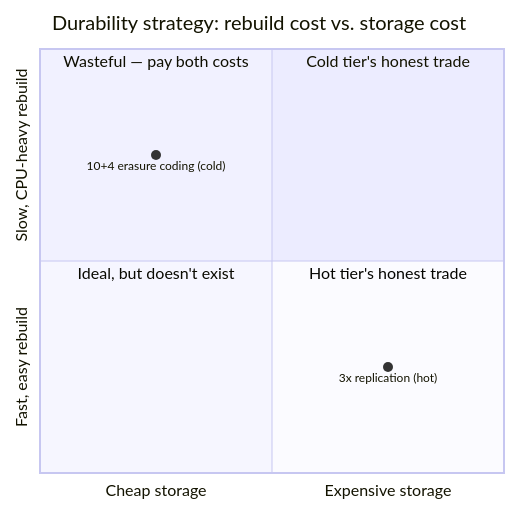
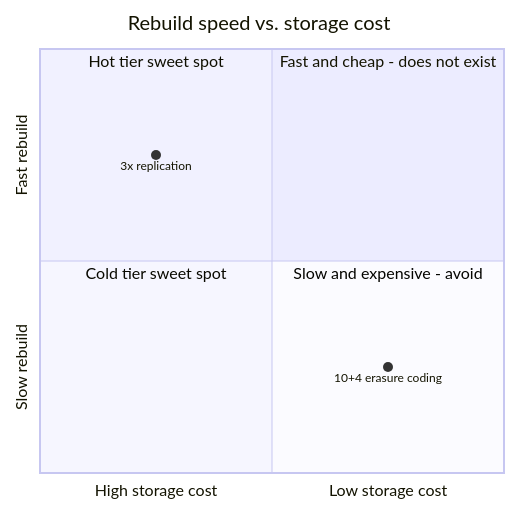
One commit to riyaz-pasha/Learnings changed the third of 16 diagrams in system-design/HLD/0-course/20-Blob-Store-FAANG-Guide-story.md. Above: the diagram before and after it, drawn with Mermaid. The commit also changed other lines of this file and 1 other file, not shown here.

First line of the commit message:
improve readability and fix mermaid diagrams for Blob Store guides

````diff
--- a/system-design/HLD/0-course/20-Blob-Store-FAANG-Guide-story.md
+++ b/system-design/HLD/0-course/20-Blob-Store-FAANG-Guide-story.md
@@ -77,12 +160,12 @@
 ```mermaid
 quadrantChart
-    title Durability strategy: rebuild cost vs. storage cost
-    x-axis Cheap storage --> Expensive storage
-    y-axis Fast, easy rebuild --> Slow, CPU-heavy rebuild
-    quadrant-1 Cold tier's honest trade
-    quadrant-2 Wasteful — pay both costs
-    quadrant-3 Ideal, but doesn't exist
-    quadrant-4 Hot tier's honest trade
-    "3x replication (hot)": [0.75, 0.25]
-    "10+4 erasure coding (cold)": [0.25, 0.75]
+    title Rebuild speed vs. storage cost
+    x-axis High storage cost --> Low storage cost
+    y-axis Slow rebuild --> Fast rebuild
+    quadrant-1 Fast and cheap - does not exist
+    quadrant-2 Hot tier sweet spot
+    quadrant-3 Cold tier sweet spot
+    quadrant-4 Slow and expensive - avoid
+    "3x replication": [0.25, 0.75]
+    "10+4 erasure coding": [0.75, 0.25]
 ```
````
